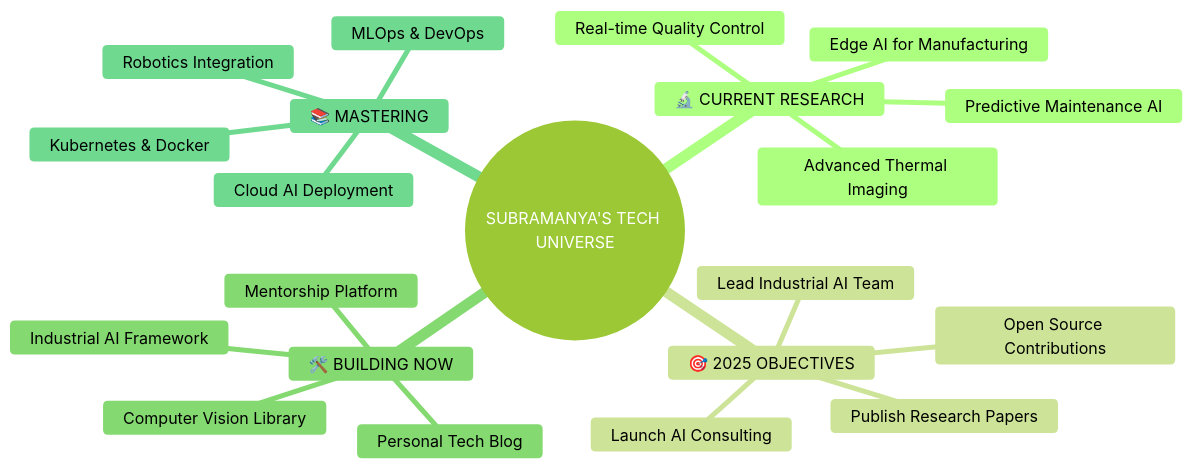
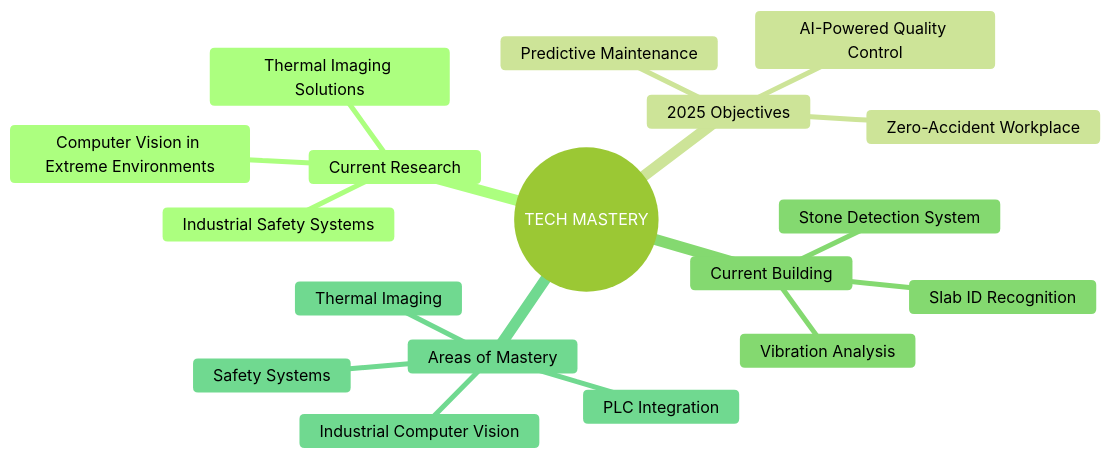
One commit to subramanyaSgb/subramanyaSgb changed the diagram in README.md. Above: the diagram before and after it, drawn with Mermaid (forest theme). The commit also changed other lines of this file, not shown here.

````diff
--- a/README.md
+++ b/README.md
@@ -296,24 +527,21 @@
 ```mermaid
 mindmap
-  root((SUBRAMANYA'S TECH UNIVERSE))
-    🔬 CURRENT RESEARCH
-      Advanced Thermal Imaging
-      Edge AI for Manufacturing
-      Predictive Maintenance AI
-      Real-time Quality Control
-    🎯 2025 OBJECTIVES
-      Lead Industrial AI Team
-      Publish Research Papers
-      Open Source Contributions
-      Launch AI Consulting
-    🛠️ BUILDING NOW
-      Personal Tech Blog
-      Industrial AI Framework
-      Computer Vision Library
-      Mentorship Platform
-    📚 MASTERING
-      MLOps & DevOps
-      Kubernetes & Docker
-      Cloud AI Deployment
-      Robotics Integration
+  root((TECH MASTERY))
+    Current Research
+      Computer Vision in Extreme Environments
+      Thermal Imaging Solutions
+      Industrial Safety Systems
+    2025 Objectives
+      AI-Powered Quality Control
+      Predictive Maintenance
+      Zero-Accident Workplace
+    Current Building
+      Stone Detection System
+      Slab ID Recognition
+      Vibration Analysis
+    Areas of Mastery
+      Industrial Computer Vision
+      Thermal Imaging
+      PLC Integration
+      Safety Systems
 ```
````
